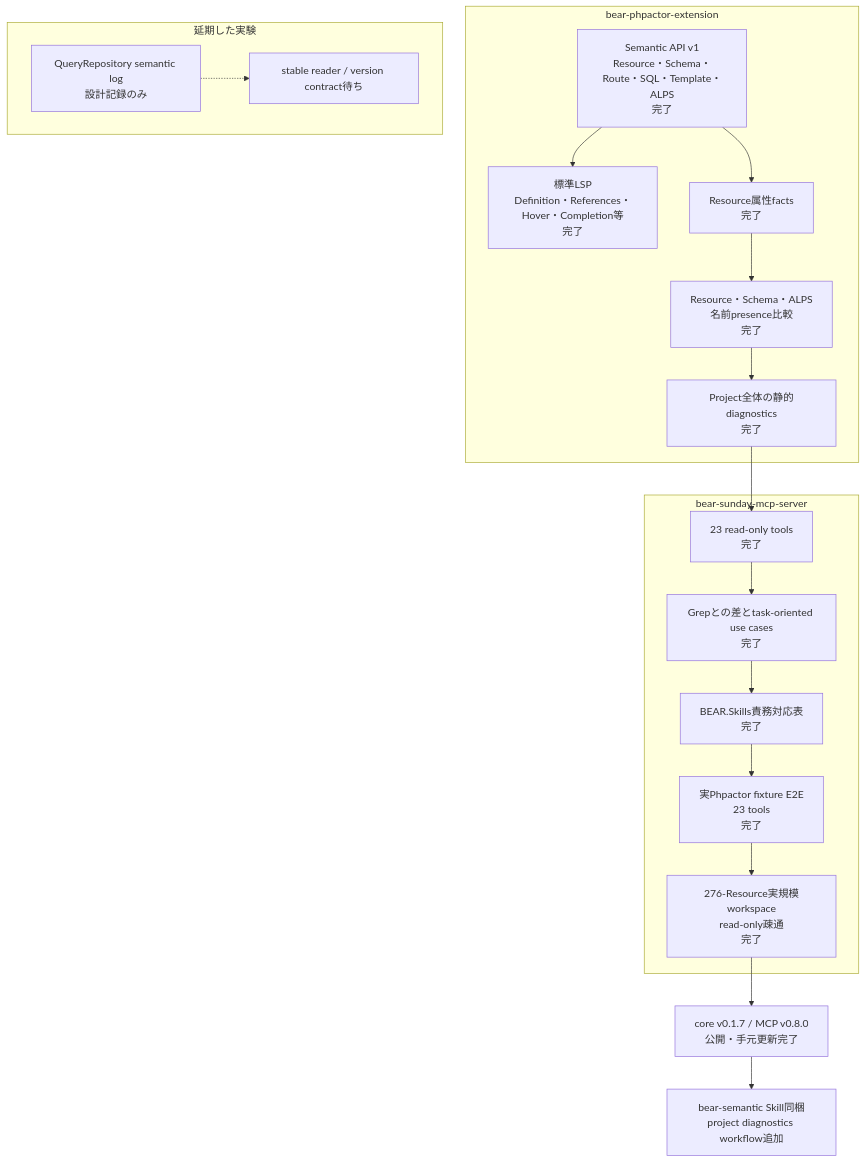
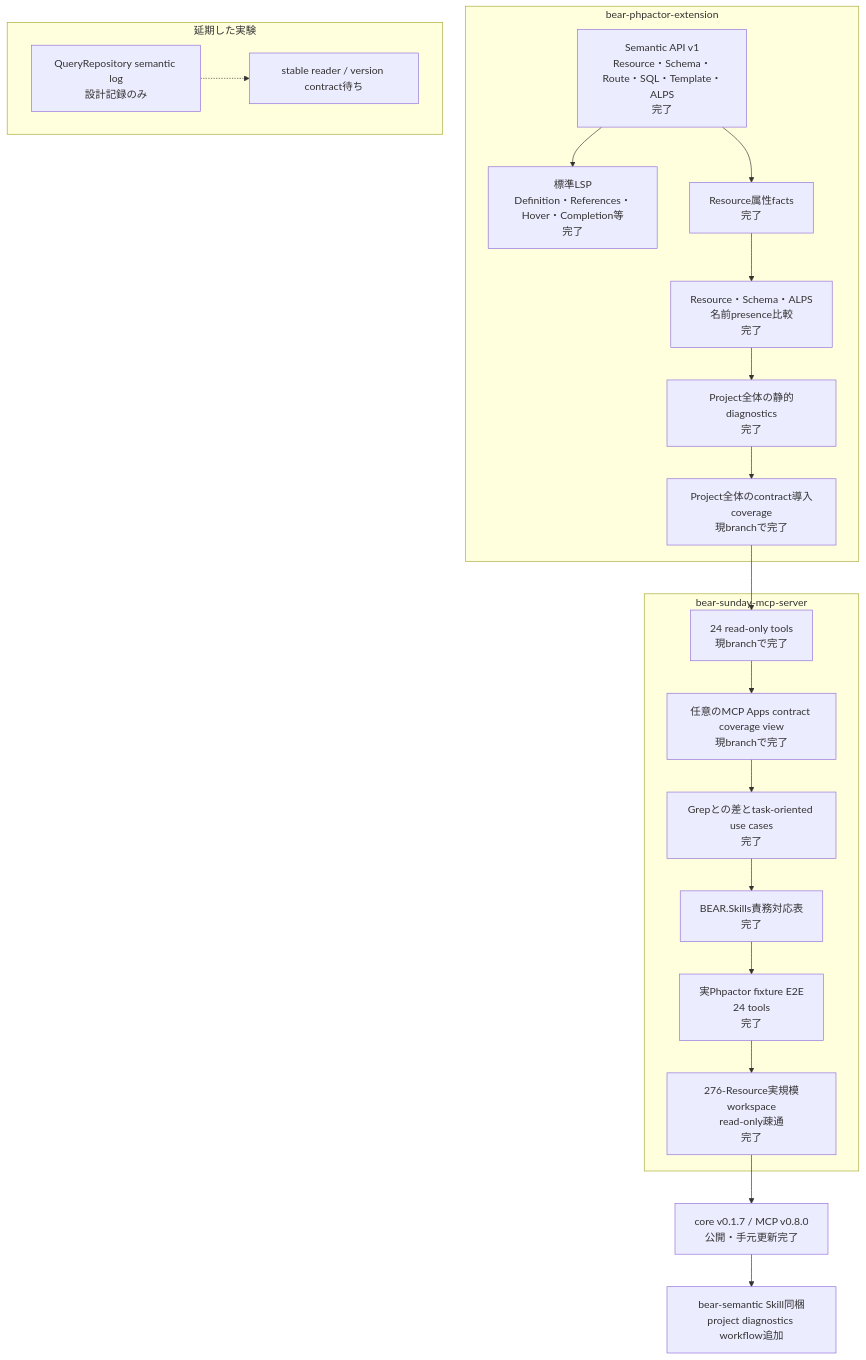
The diagram in docs/project-status.ja.md (suzumaze/bear-sunday-mcp-server), drawn with Mermaid before and after one commit. The commit also changed other lines of this file and 17 other files, not shown here.

Commit message:
feat: expose contract coverage through MCP and view

````diff
--- a/docs/project-status.ja.md
+++ b/docs/project-status.ja.md
@@ -8,32 +8,34 @@
 ```mermaid
 flowchart TB
     subgraph Core["bear-phpactor-extension"]
         C1["Semantic API v1<br/>Resource・Schema・Route・SQL・Template・ALPS<br/>完了"]
         C2["標準LSP<br/>Definition・References・Hover・Completion等<br/>完了"]
         C3["Resource属性facts<br/>完了"]
         C4["Resource・Schema・ALPS<br/>名前presence比較<br/>完了"]
         C5["Project全体の静的diagnostics<br/>完了"]
+        C6["Project全体のcontract導入coverage<br/>現branchで完了"]
         C1 --> C2
-        C1 --> C3 --> C4 --> C5
+        C1 --> C3 --> C4 --> C5 --> C6
     end
 
     subgraph MCP["bear-sunday-mcp-server"]
-        M1["23 read-only tools<br/>完了"]
+        M1["24 read-only tools<br/>現branchで完了"]
+        M0["任意のMCP Apps contract coverage view<br/>現branchで完了"]
         M2["Grepとの差とtask-oriented use cases<br/>完了"]
         M3["BEAR.Skills責務対応表<br/>完了"]
-        M4["実Phpactor fixture E2E<br/>23 tools<br/>完了"]
+        M4["実Phpactor fixture E2E<br/>24 tools<br/>完了"]
         M5["276-Resource実規模workspace<br/>read-only疎通<br/>完了"]
-        M1 --> M2 --> M3 --> M4 --> M5
+        M1 --> M0 --> M2 --> M3 --> M4 --> M5
     end
 
-    C5 --> M1
+    C6 --> M1
 
     subgraph Deferred["延期した実験"]
         D1["QueryRepository semantic log<br/>設計記録のみ"]
         D2["stable reader / version contract待ち"]
         D1 -.-> D2
     end
 
     M5 --> R1["core v0.1.7 / MCP v0.8.0<br/>公開・手元更新完了"]
     R1 --> S1["bear-semantic Skill同梱<br/>project diagnostics workflow追加"]
 ```
````
